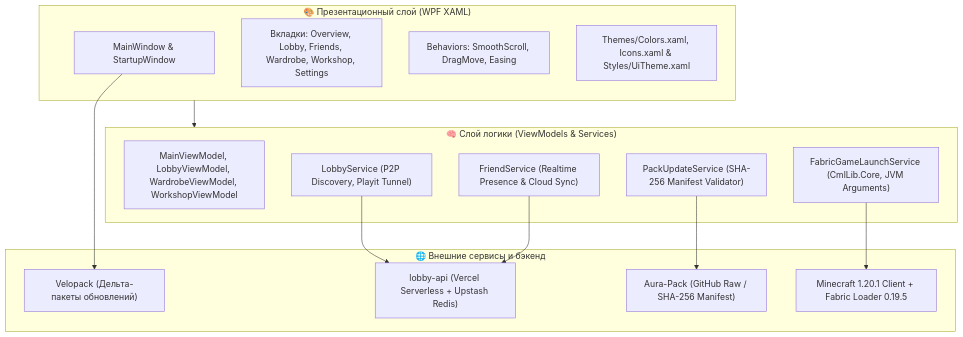
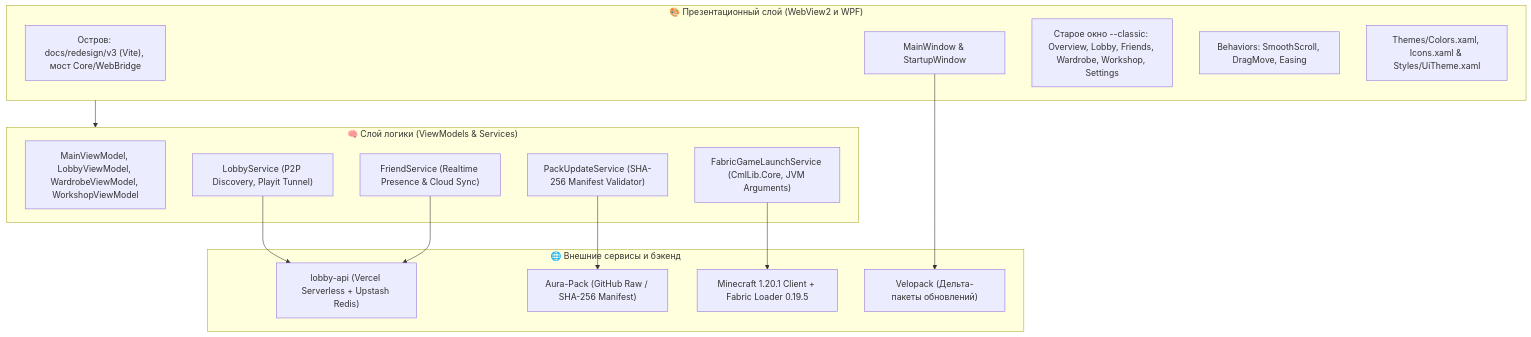
The second of 2 diagrams in README.md (qutlawsoasis-debug/Aura-Launcher), drawn with Mermaid before and after one commit. The commit also changed other lines of this file and 1 other file, not shown here.

````diff
--- a/README.md
+++ b/README.md
@@ -151,31 +127,32 @@
 ```mermaid
 graph TD
-    subgraph UI ["🎨 Презентационный слой (WPF XAML)"]
+    subgraph UI ["🎨 Презентационный слой (WebView2 и WPF)"]
+        Island["Остров: docs/redesign/v3 (Vite), мост Core/WebBridge"]
         MainWindow["MainWindow & StartupWindow"]
-        Views["Вкладки: Overview, Lobby, Friends, Wardrobe, Workshop, Settings"]
+        Views["Старое окно --classic: Overview, Lobby, Friends, Wardrobe, Workshop, Settings"]
         Behaviors["Behaviors: SmoothScroll, DragMove, Easing"]
         Styles["Themes/Colors.xaml, Icons.xaml & Styles/UiTheme.xaml"]
     end
 
     subgraph Core ["🧠 Слой логики (ViewModels & Services)"]
         VMs["MainViewModel, LobbyViewModel, WardrobeViewModel, WorkshopViewModel"]
         LobbySvc["LobbyService (P2P Discovery, Playit Tunnel)"]
         FriendSvc["FriendService (Realtime Presence & Cloud Sync)"]
         PackSvc["PackUpdateService (SHA-256 Manifest Validator)"]
         LaunchSvc["FabricGameLaunchService (CmlLib.Core, JVM Arguments)"]
     end
 
     subgraph External ["🌐 Внешние сервисы и бэкенд"]
         LobbyApi["lobby-api (Vercel Serverless + Upstash Redis)"]
         VelopackEngine["Velopack (Дельта-пакеты обновлений)"]
         AuraPackRepo["Aura-Pack (GitHub Raw / SHA-256 Manifest)"]
         FabricGame["Minecraft 1.20.1 Client + Fabric Loader 0.19.5"]
     end
 
     UI --> Core
     LobbySvc --> LobbyApi
     FriendSvc --> LobbyApi
     PackSvc --> AuraPackRepo
     LaunchSvc --> FabricGame
     MainWindow --> VelopackEngine
 ```
````
